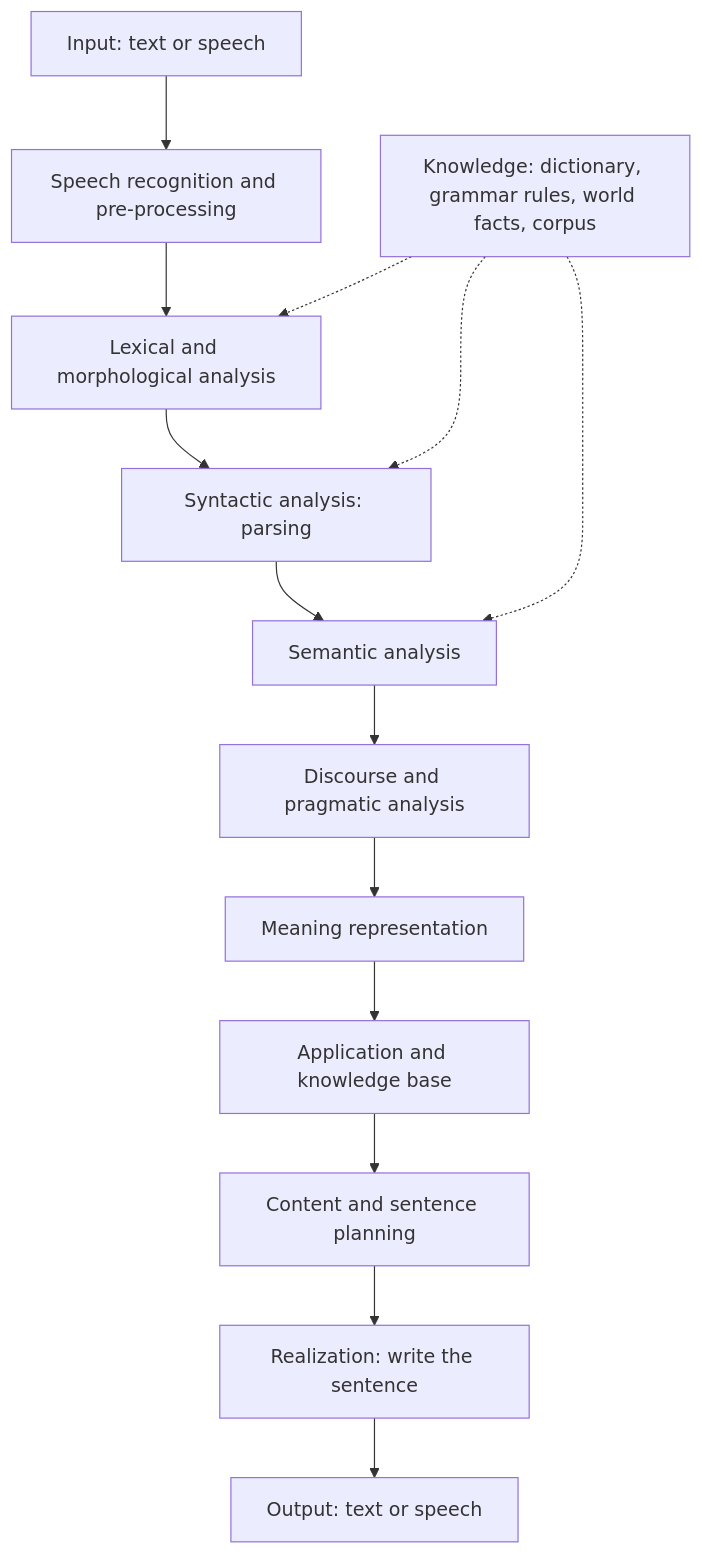
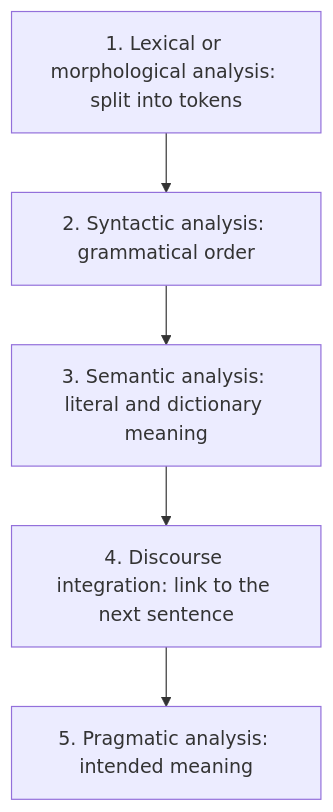
Before and after one commit to TrendySloth1001/sem-seven-notes: the second of 3 diagrams in content/natural-language-processing/notes/nlp-introduction.mdx, drawn with Mermaid. The commit also changed other lines of this file and 406 other files, not shown here.

````diff
--- a/content/natural-language-processing/notes/nlp-introduction.mdx
+++ b/content/natural-language-processing/notes/nlp-introduction.mdx
@@ -135,17 +64,8 @@
 ```mermaid
-%% caption: A generic NLP system. The top row understands the user (NLU), the application does the work, and the bottom row builds the reply (NLG). The knowledge boxes on the side are used by every stage.
+%% caption: The five stages in order. Each stage takes the output of the one before it and checks one more thing about the sentence.
 flowchart TD
-  A["Input: text or speech"] --> B["Speech recognition and pre-processing"]
-  B --> C["Lexical and morphological analysis"]
-  C --> D["Syntactic analysis: parsing"]
-  D --> E["Semantic analysis"]
-  E --> F["Discourse and pragmatic analysis"]
-  F --> G["Meaning representation"]
-  G --> H["Application and knowledge base"]
-  H --> I["Content and sentence planning"]
-  I --> J["Realization: write the sentence"]
-  J --> K["Output: text or speech"]
-  L["Knowledge: dictionary, grammar rules, world facts, corpus"] -.-> C
-  L -.-> D
-  L -.-> E
+  A["1. Lexical or morphological analysis: split into tokens"] --> B["2. Syntactic analysis: grammatical order"]
+  B --> C["3. Semantic analysis: literal and dictionary meaning"]
+  C --> D["4. Discourse integration: link to the next sentence"]
+  D --> E["5. Pragmatic analysis: intended meaning"]
 ```
````
